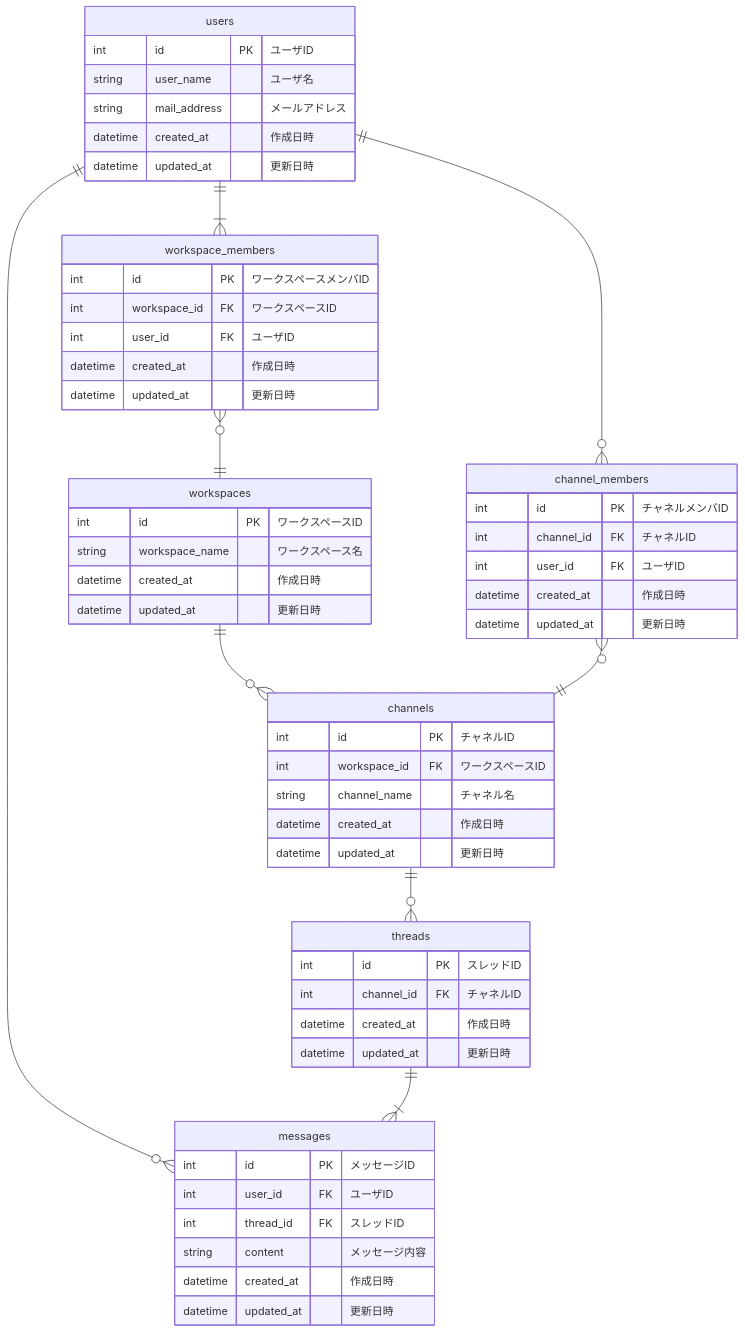
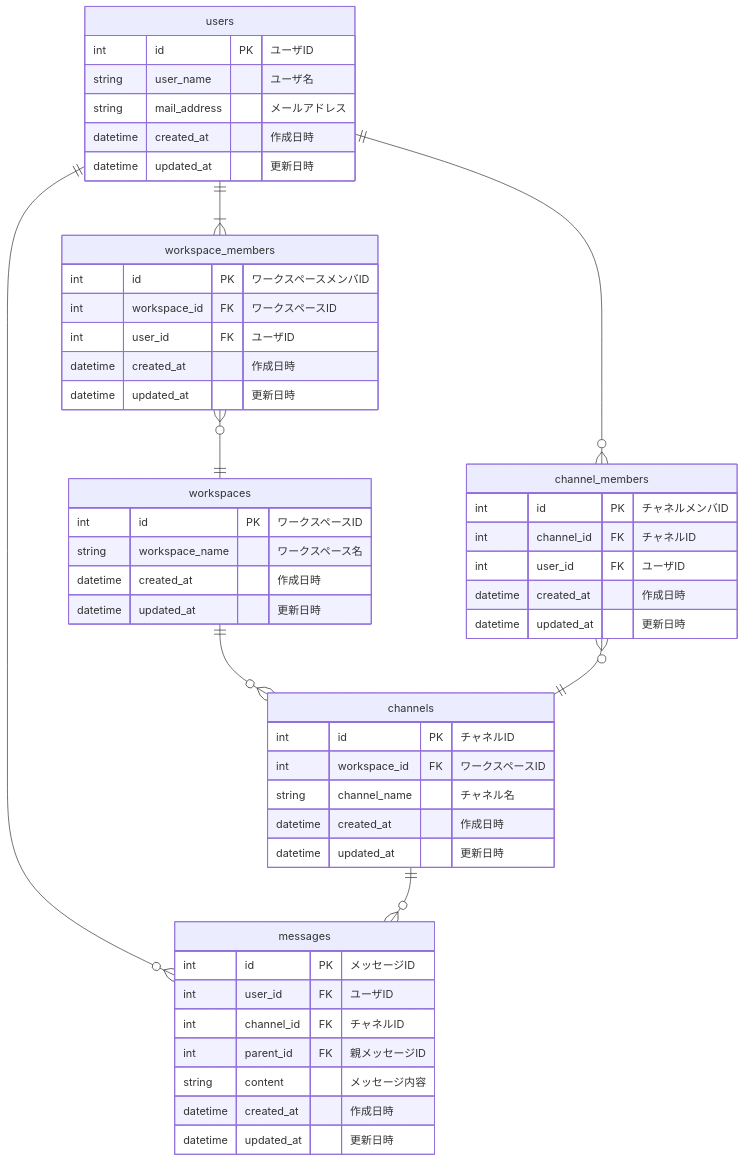
Before and after one commit to ssfuno/praha_issues: the diagram in db_modeling_2/er.md, drawn with Mermaid.

Commit message:
fix: ナイーブツリーに修正

````diff
--- a/db_modeling_2/er.md
+++ b/db_modeling_2/er.md
@@ -32,66 +32,59 @@
 ```mermaid
 erDiagram
     users ||--|{ workspace_members : ""
     users ||--o{ channel_members : ""
     users ||--o{ messages : ""
     workspaces ||--o{ channels : ""
     workspace_members }o--|| workspaces : ""
-    channels ||--o{ threads : ""
     channel_members }o--|| channels : ""
-    threads ||--|{ messages : ""
+    channels ||--o{ messages : ""
 
     users {
         int id PK "ユーザID"
         string user_name "ユーザ名"
         string mail_address "メールアドレス"
         datetime created_at "作成日時"
         datetime updated_at "更新日時"
     }
 
     workspaces {
         int id PK "ワークスペースID"
         string workspace_name "ワークスペース名"
         datetime created_at "作成日時"
         datetime updated_at "更新日時"
     }
 
     workspace_members {
         int id PK "ワークスペースメンバID"
         int workspace_id FK "ワークスペースID"
         int user_id FK "ユーザID"
         datetime created_at "作成日時"
         datetime updated_at "更新日時"
     }
 
     channels {
         int id PK "チャネルID"
         int workspace_id FK "ワークスペースID"
         string channel_name "チャネル名"
         datetime created_at "作成日時"
         datetime updated_at "更新日時"
     }
 
     channel_members {
         int id PK "チャネルメンバID"
         int channel_id FK "チャネルID"
         int user_id FK "ユーザID"
         datetime created_at "作成日時"
         datetime updated_at "更新日時"
     }
 
-    threads {
-        int id PK "スレッドID"
-        int channel_id FK "チャネルID"
-        datetime created_at "作成日時"
-        datetime updated_at "更新日時"
-    }
-
     messages {
         int id PK "メッセージID"
         int user_id FK "ユーザID"
-        int thread_id FK "スレッドID"
+        int channel_id FK "チャネルID"
+        int parent_id FK "親メッセージID"
         string content "メッセージ内容"
         datetime created_at "作成日時"
         datetime updated_at "更新日時"
     }
 ```
````
